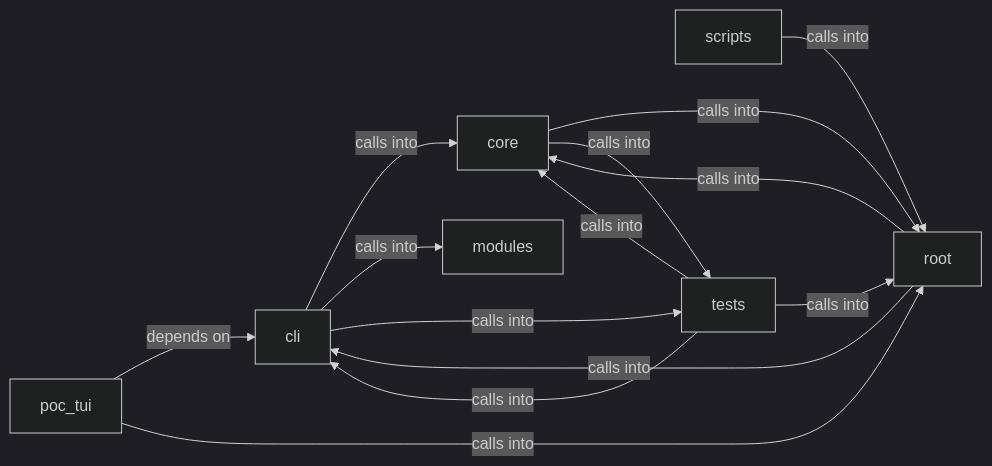
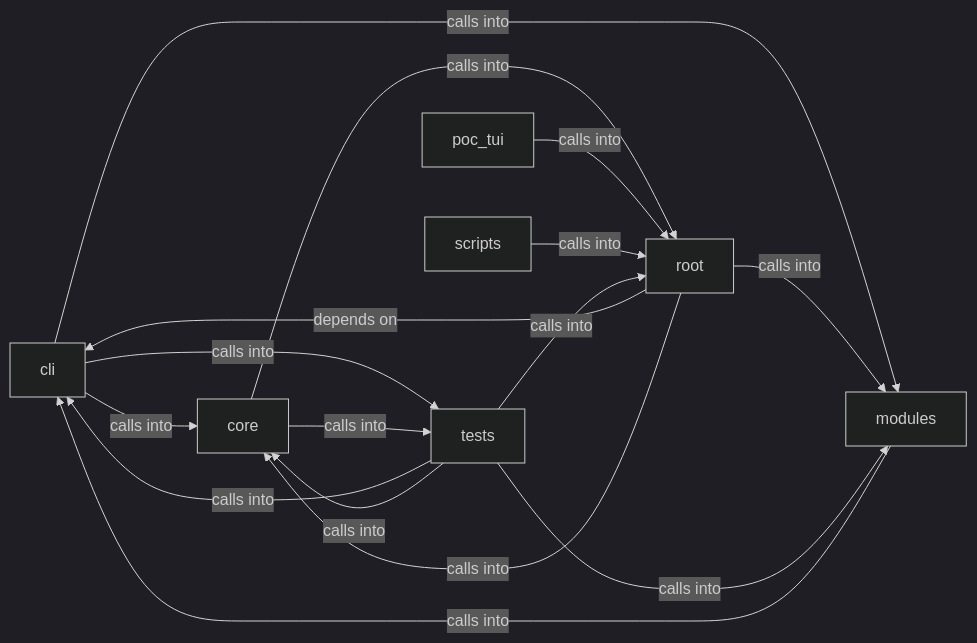
The diagram in readmenator-diagrams/cli.md (grisuno/LazyOwn), drawn with Mermaid (dark theme) before and after one commit. The commit also changed other lines of this file and 764 other files, not shown here.

````diff
--- a/readmenator-diagrams/cli.md
+++ b/readmenator-diagrams/cli.md
@@ -5,23 +5,25 @@
 ```mermaid
 graph LR
     cli["cli"]
     core["core"]
     modules["modules"]
     poc_tui["poc_tui"]
     root["root"]
     scripts["scripts"]
     tests["tests"]
     cli -- "calls into" --> core
     cli -- "calls into" --> modules
     cli -- "calls into" --> tests
     core -- "calls into" --> root
     core -- "calls into" --> tests
-    poc_tui -- "depends on" --> cli
+    modules -- "calls into" --> cli
     poc_tui -- "calls into" --> root
-    root -- "calls into" --> cli
+    root -- "depends on" --> cli
     root -- "calls into" --> core
+    root -- "calls into" --> modules
     scripts -- "calls into" --> root
     tests -- "calls into" --> cli
     tests -- "calls into" --> core
+    tests -- "calls into" --> modules
     tests -- "calls into" --> root
 ```
````
